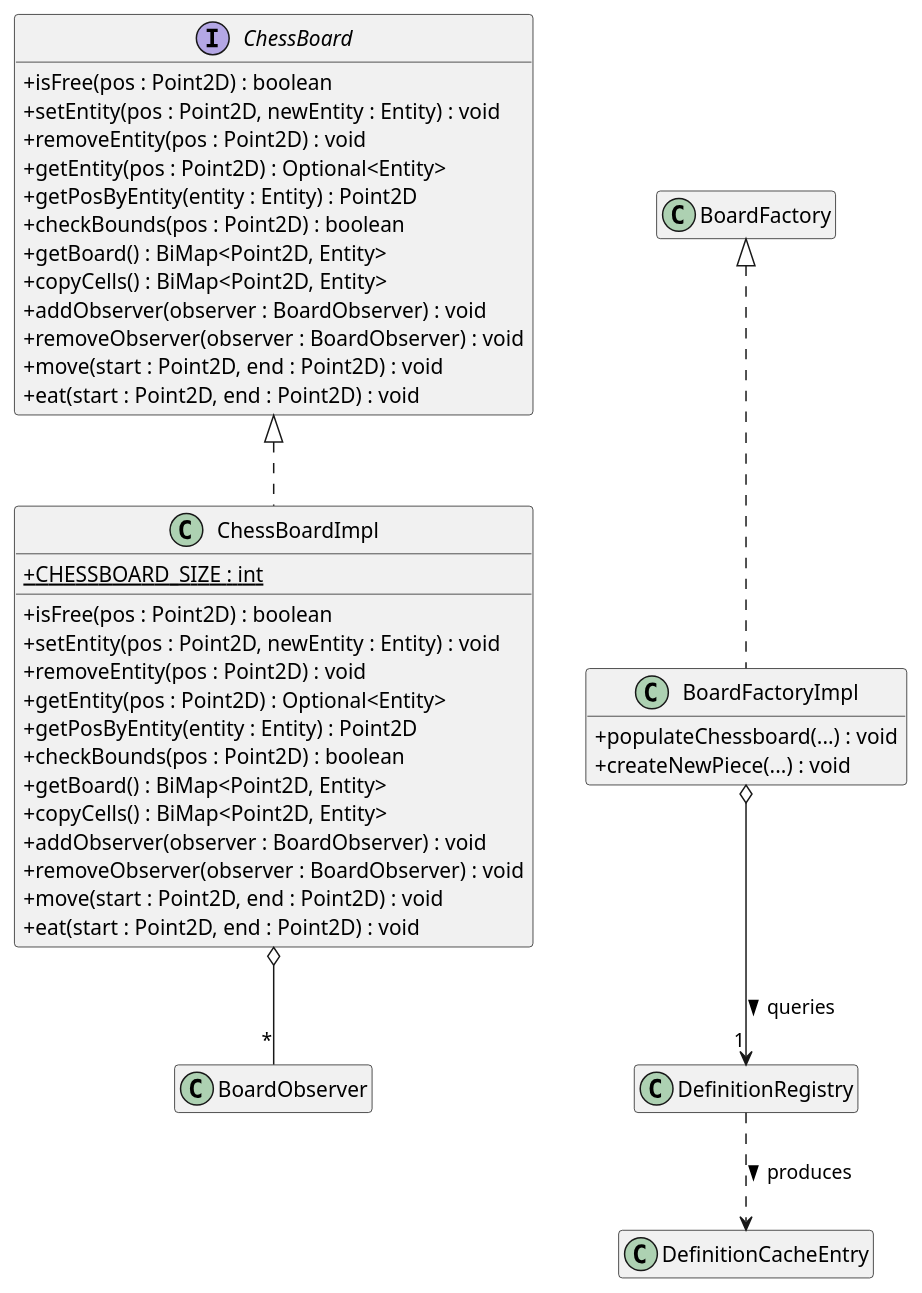
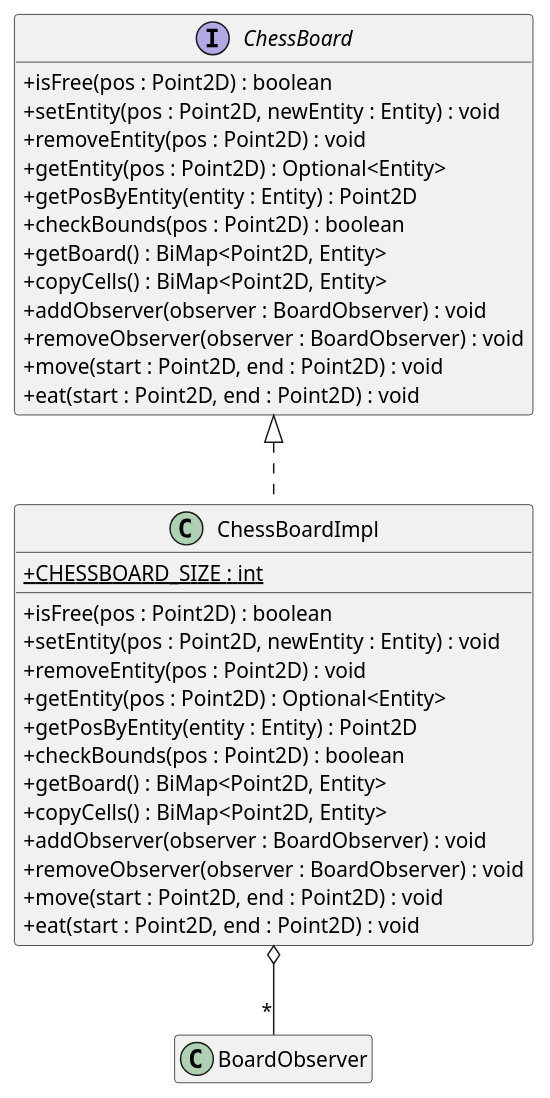
One commit to Turbo-Chess/Turbo-Chess changed the diagram in docs/ChessBoard.puml. Above: the diagram before and after it, drawn with PlantUML. The commit also changed other lines of this file and 3 other files, not shown here.

```diff
--- a/docs/ChessBoard.puml
+++ b/docs/ChessBoard.puml
@@ -1,50 +1,41 @@
 @startuml ChessBoard
 skinparam classAttributeIconSize 0
 hide empty fields
 hide empty methods
 
 interface ChessBoard {
     +isFree(pos : Point2D) : boolean
     +setEntity(pos : Point2D, newEntity : Entity) : void
     +removeEntity(pos : Point2D) : void
     +getEntity(pos : Point2D) : Optional<Entity>
     +getPosByEntity(entity : Entity) : Point2D
     +checkBounds(pos : Point2D) : boolean
     +getBoard() : BiMap<Point2D, Entity>
     +copyCells() : BiMap<Point2D, Entity>
     +addObserver(observer : BoardObserver) : void
     +removeObserver(observer : BoardObserver) : void
     +move(start : Point2D, end : Point2D) : void
     +eat(start : Point2D, end : Point2D) : void
 }
 
 class ChessBoardImpl {
     + {static} CHESSBOARD_SIZE : int
 
     + isFree(pos : Point2D) : boolean
     + setEntity(pos : Point2D, newEntity : Entity) : void
     + removeEntity(pos : Point2D) : void
     + getEntity(pos : Point2D) : Optional<Entity>
     + getPosByEntity(entity : Entity) : Point2D
     + checkBounds(pos : Point2D) : boolean
     + getBoard() : BiMap<Point2D, Entity>
     + copyCells() : BiMap<Point2D, Entity>
     + addObserver(observer : BoardObserver) : void
     + removeObserver(observer : BoardObserver) : void
     + move(start : Point2D, end : Point2D) : void
     + eat(start : Point2D, end : Point2D) : void
 }
 
 ChessBoard <|.. ChessBoardImpl
 ChessBoardImpl o-- "*" BoardObserver
 
-class BoardFactoryImpl {
-    + populateChessboard(...) : void
-    + createNewPiece(...) : void
-}
-
-BoardFactory <|.. BoardFactoryImpl
-
-BoardFactoryImpl o--> "1" DefinitionRegistry : queries >
-DefinitionRegistry ..> DefinitionCacheEntry : produces >
 @enduml
```
